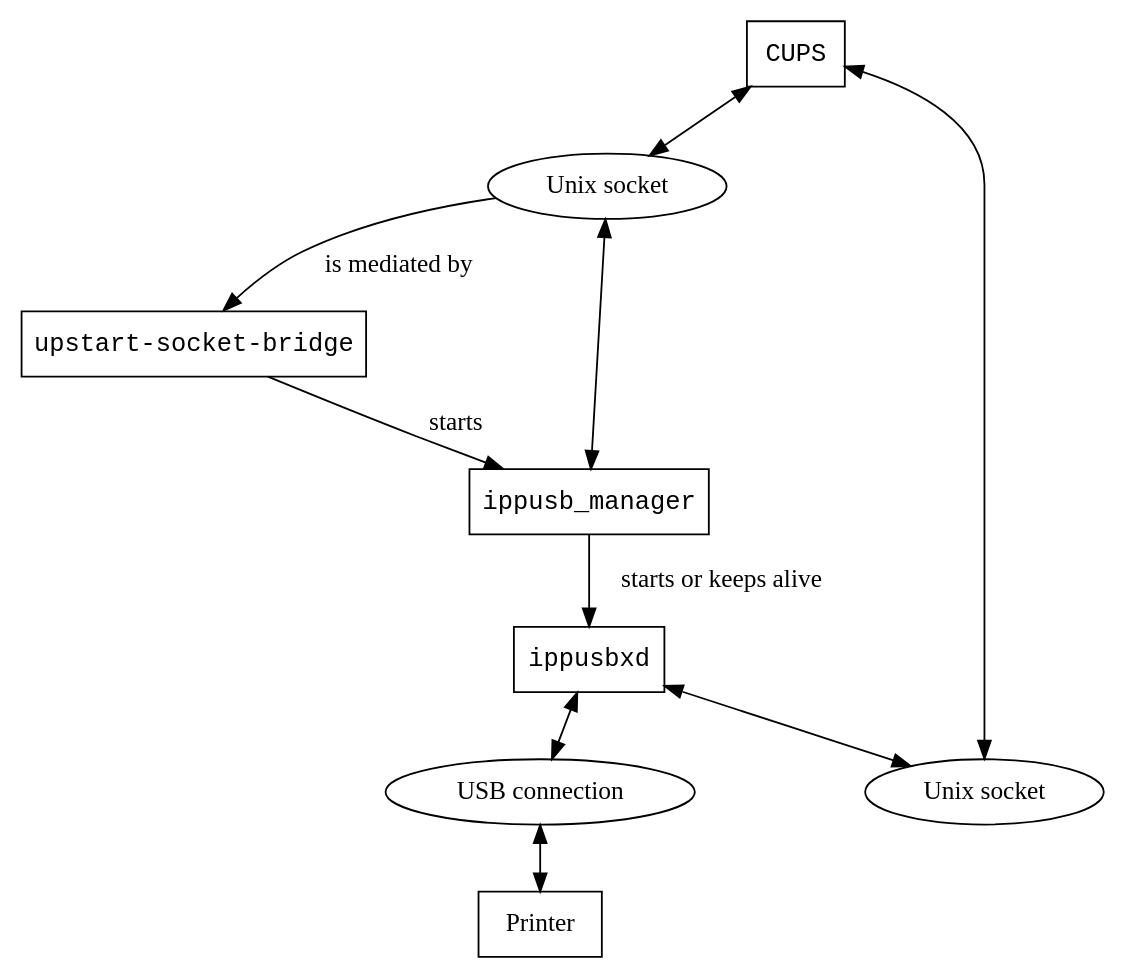
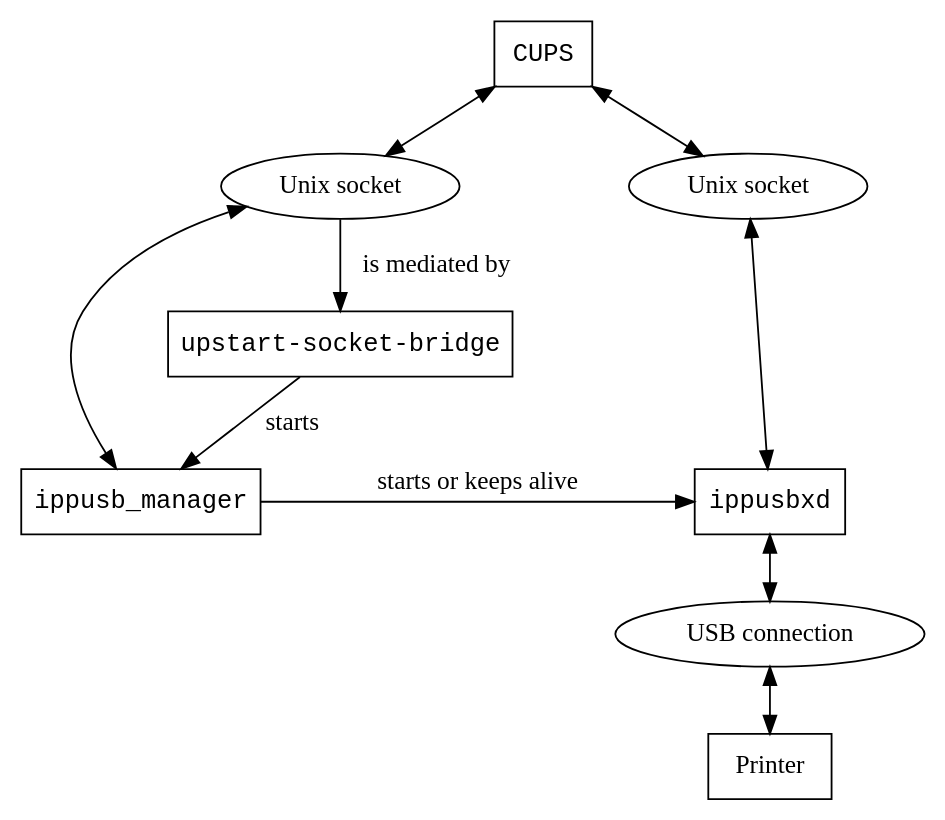
Before and after one commit to dgreid/platform2: the diagram in ippusb_manager/overview_diagram.dot, drawn with Graphviz. The commit also changed 1 other file, not shown here.

Commit message:
ippusb_manager: align diagram nodes
This change aligns the Unix sockets and the ippusb* programs in
the overview diagram for ippusb_manager.

BUG=None
TEST=Gitiles preview

Commit-Queue: Kalvin Lee <kdlee@chromium.org>

```diff
--- a/ippusb_manager/overview_diagram.dot
+++ b/ippusb_manager/overview_diagram.dot
@@ -1,39 +1,45 @@
 digraph {
   concentrate = true;
   nodesep = 1.3;
 
   CUPS[fontname=Monospace,shape=box];
 
   socket_bridge[label="upstart-socket-bridge",fontname=Monospace,shape=box,];
   ippusb_manager[fontname=Monospace,shape=box];
   ippusbxd[fontname=Monospace,shape=box];
 
   Printer[shape=box];
 
   cups_and_manager[label="Unix socket"];
   cups_and_xd[label="Unix socket"];
   xd_and_printer[label="USB connection"];
 
   // Links CUPS to the sockets for ippusb_manager and for ippusbxd.
   CUPS->cups_and_manager[weight=1000];
   cups_and_manager->CUPS[weight=1000];
   CUPS->cups_and_xd[weight=1000];
   cups_and_xd->CUPS[weight=1000];
 
   // Links the socket, upstart-socket-bridge, and ippusb_manager together.
   cups_and_manager->socket_bridge[label="is mediated by"];
   cups_and_manager->ippusb_manager;
   socket_bridge->ippusb_manager[label="starts"];
   ippusb_manager->cups_and_manager;
 
   // Links the socket, ippusbxd, and ippusb_manager together.
   ippusbxd->cups_and_xd;
   cups_and_xd->ippusbxd;
   ippusb_manager->ippusbxd[label="starts or keeps alive"];
 
   // Links ippusbxd to the printer.
   ippusbxd->xd_and_printer;
   xd_and_printer->ippusbxd;
   Printer->xd_and_printer;
   xd_and_printer->Printer;
+
+  // Aligns the Unix sockets.
+  {rank=same; cups_and_manager cups_and_xd}
+
+  // Aligns ippusb_manager and ippusbxd.
+  {rank=same; ippusb_manager ippusbxd}
 }
```
